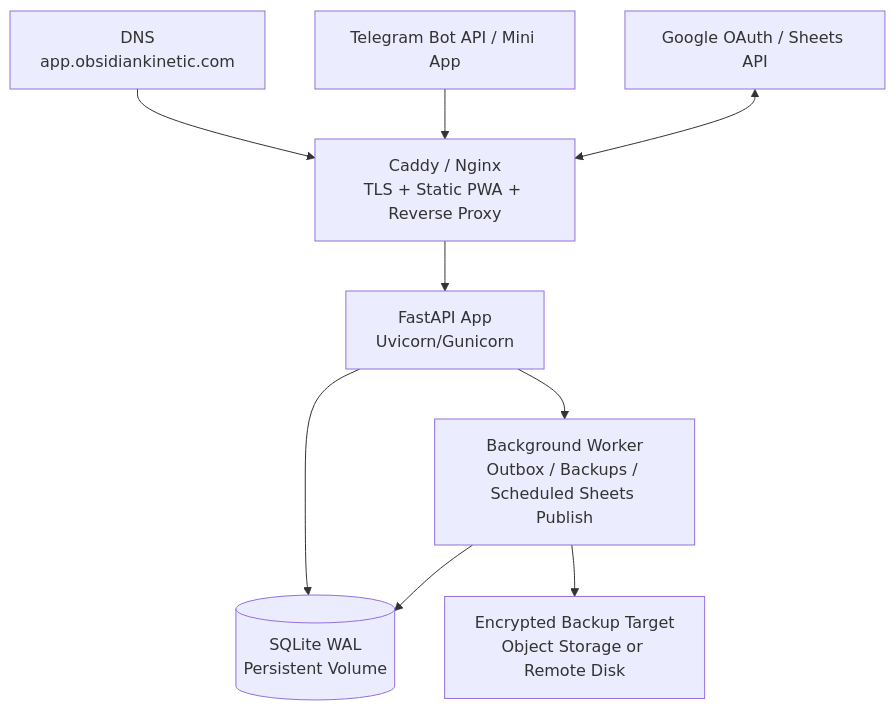
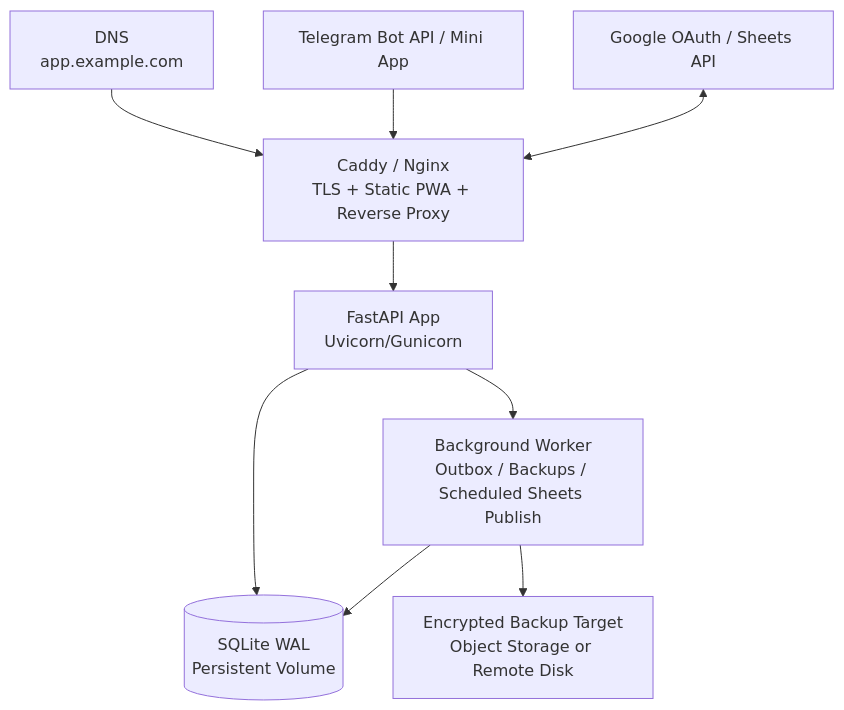
Before and after one commit to qrtman/adaptive_lifting: the ninth of 9 diagrams in architecture.md, drawn with Mermaid. The commit also changed other lines of this file and 79 other files, not shown here.

````diff
--- a/architecture.md
+++ b/architecture.md
@@ -1307,11 +1340,11 @@
 ```mermaid
 graph TD
-    DNS["DNS<br/>app.obsidiankinetic.com"] --> Proxy["Caddy / Nginx<br/>TLS + Static PWA + Reverse Proxy"]
+    DNS["DNS<br/>app.example.com"] --> Proxy["Caddy / Nginx<br/>TLS + Static PWA + Reverse Proxy"]
     Proxy --> API["FastAPI App<br/>Uvicorn/Gunicorn"]
     API --> DB[("SQLite WAL<br/>Persistent Volume")]
     API --> Worker["Background Worker<br/>Outbox / Backups / Scheduled Sheets Publish"]
     Worker --> DB
     Worker --> Backup["Encrypted Backup Target<br/>Object Storage or Remote Disk"]
     Telegram["Telegram Bot API / Mini App"] --> Proxy
     Google["Google OAuth / Sheets API"] <--> Proxy
 ```
````
